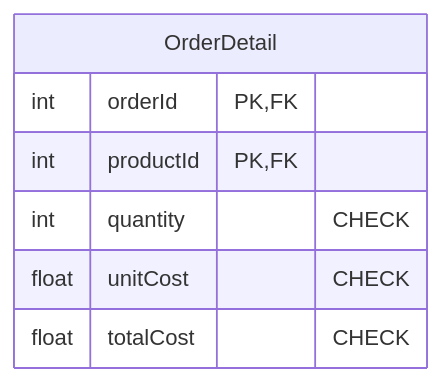
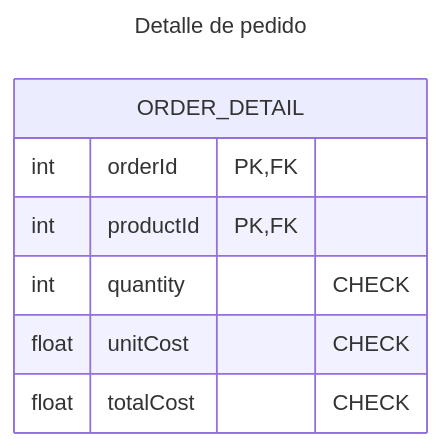
Before and after one commit to rosendocamal/homeworks: diagram 28 of 30 in 4to-Cuatrimestre/fundamentos-base-datos/proyecto/proyecto.md, drawn with Mermaid. The commit also changed other lines of this file and 1 other file, not shown here.

````diff
--- a/4to-Cuatrimestre/fundamentos-base-datos/proyecto/proyecto.md
+++ b/4to-Cuatrimestre/fundamentos-base-datos/proyecto/proyecto.md
@@ -496,10 +523,13 @@
 ```mermaid
+---
+title: Detalle de pedido
+---
 erDiagram
-	OrderDetail {
+	ORDER_DETAIL {
 		int orderId PK,FK
 		int productId PK,FK
 		int quantity "CHECK"
 		float unitCost "CHECK"
 		float totalCost "CHECK"
 	}
 ```
````
